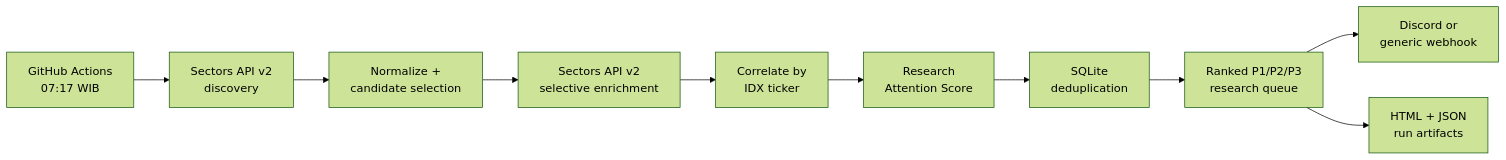
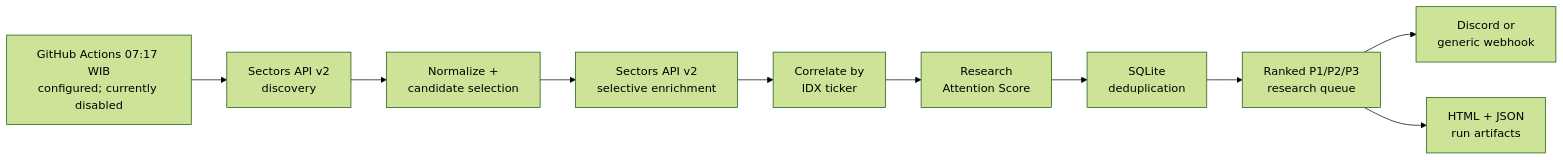
Before and after one commit to respramon/marketops-id: the diagram in README.md, drawn with Mermaid (forest theme). The commit also changed other lines of this file and 21 other files, not shown here.

````diff
--- a/README.md
+++ b/README.md
@@ -19,12 +27,12 @@
 ```mermaid
 flowchart LR
-    A[GitHub Actions<br/>07:17 WIB] --> B[Sectors API v2<br/>discovery]
+    A[GitHub Actions 07:17 WIB<br/>configured; currently disabled] --> B[Sectors API v2<br/>discovery]
     B --> C[Normalize +<br/>candidate selection]
     C --> D[Sectors API v2<br/>selective enrichment]
     D --> E[Correlate by<br/>IDX ticker]
     E --> F[Research<br/>Attention Score]
     F --> G[SQLite<br/>deduplication]
     G --> H[Ranked P1/P2/P3<br/>research queue]
     H --> I[Discord or<br/>generic webhook]
     H --> J[HTML + JSON<br/>run artifacts]
 ```
````
